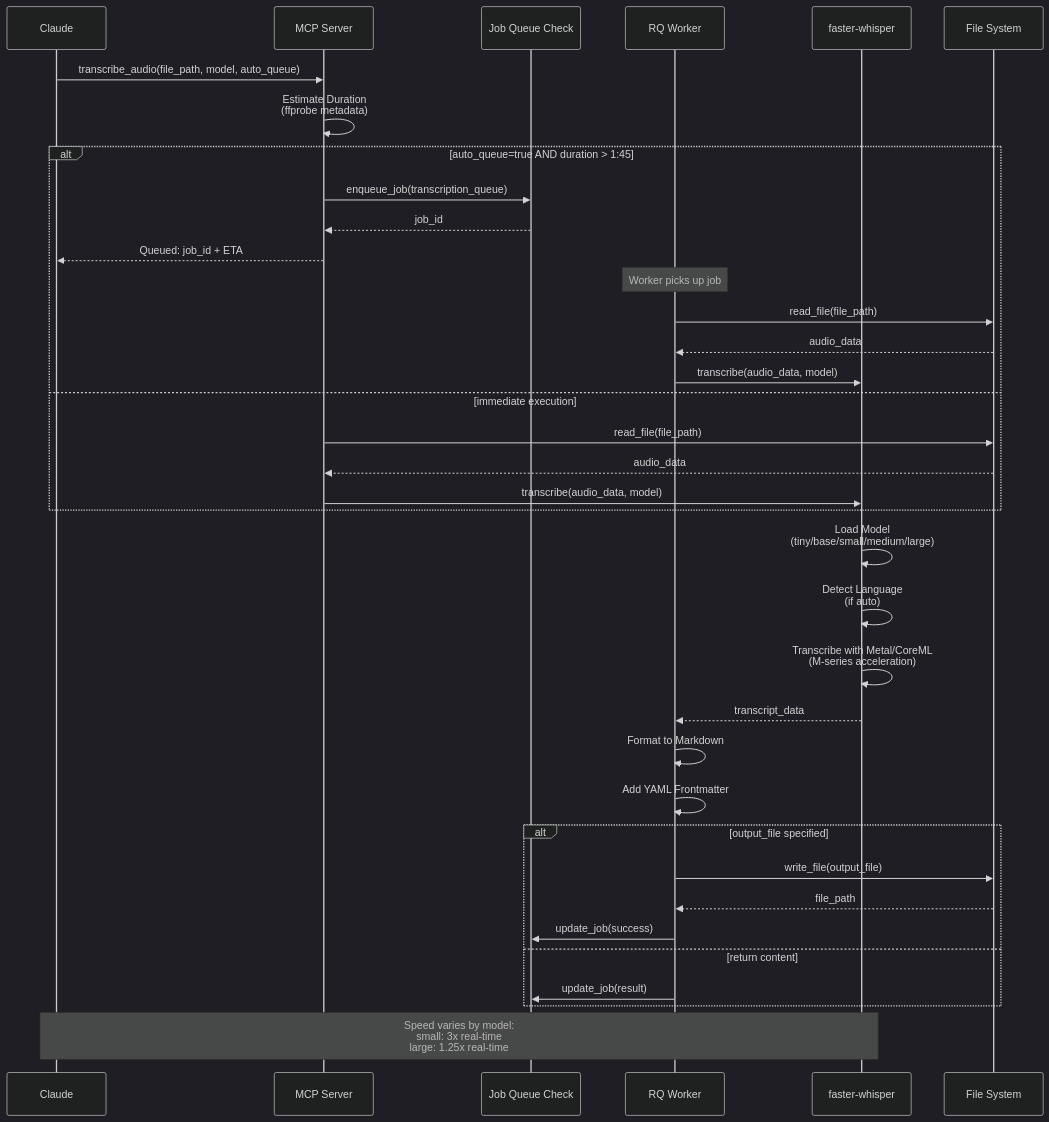
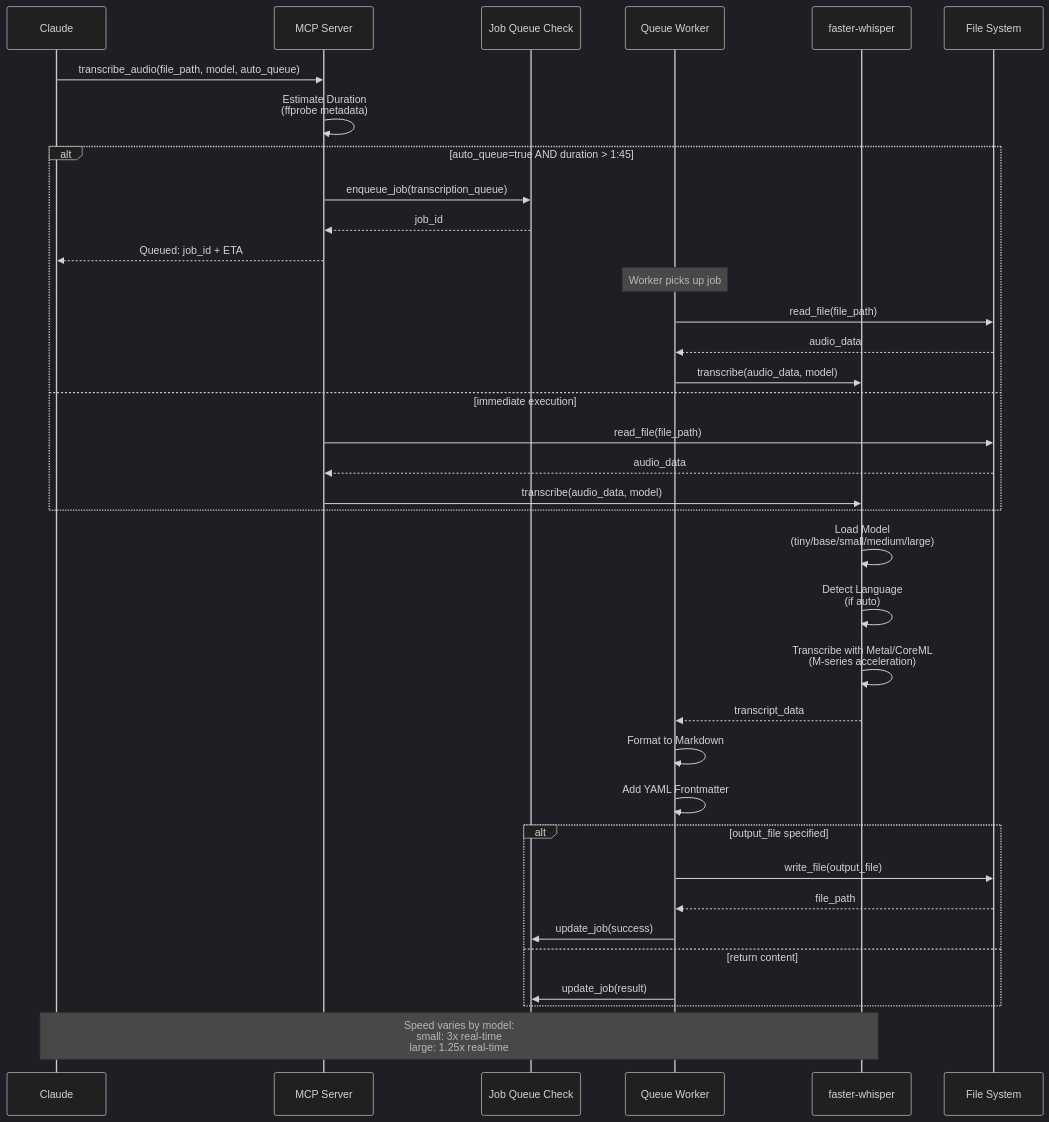
The fifth of 9 diagrams in docs/ARCHITECTURE-VISUAL.md (Enablement-Engineering/gobbler), drawn with Mermaid (dark theme) before and after one commit. The commit also changed other lines of this file, not shown here.

First line of the commit message:
docs: fix Architecture Visual Guide - Redis to SQLite

````diff
--- a/docs/ARCHITECTURE-VISUAL.md
+++ b/docs/ARCHITECTURE-VISUAL.md
@@ -201,46 +204,46 @@
 ```mermaid
 sequenceDiagram
     participant Claude
     participant MCP as MCP Server
     participant Queue as Job Queue Check
-    participant RQ as RQ Worker
+    participant WK as Queue Worker
     participant FW as faster-whisper
     participant FS as File System
 
     Claude->>MCP: transcribe_audio(file_path, model, auto_queue)
 
     MCP->>MCP: Estimate Duration<br/>(ffprobe metadata)
 
     alt auto_queue=true AND duration > 1:45
         MCP->>Queue: enqueue_job(transcription_queue)
         Queue-->>MCP: job_id
         MCP-->>Claude: Queued: job_id + ETA
 
-        Note over RQ: Worker picks up job
-        RQ->>FS: read_file(file_path)
-        FS-->>RQ: audio_data
-        RQ->>FW: transcribe(audio_data, model)
+        Note over WK: Worker picks up job
+        WK->>FS: read_file(file_path)
+        FS-->>WK: audio_data
+        WK->>FW: transcribe(audio_data, model)
     else immediate execution
         MCP->>FS: read_file(file_path)
         FS-->>MCP: audio_data
         MCP->>FW: transcribe(audio_data, model)
     end
 
     FW->>FW: Load Model<br/>(tiny/base/small/medium/large)
     FW->>FW: Detect Language<br/>(if auto)
     FW->>FW: Transcribe with Metal/CoreML<br/>(M-series acceleration)
-    FW-->>RQ: transcript_data
+    FW-->>WK: transcript_data
 
-    RQ->>RQ: Format to Markdown
-    RQ->>RQ: Add YAML Frontmatter
+    WK->>WK: Format to Markdown
+    WK->>WK: Add YAML Frontmatter
 
     alt output_file specified
-        RQ->>FS: write_file(output_file)
-        FS-->>RQ: file_path
-        RQ->>Queue: update_job(success)
+        WK->>FS: write_file(output_file)
+        FS-->>WK: file_path
+        WK->>Queue: update_job(success)
     else return content
-        RQ->>Queue: update_job(result)
+        WK->>Queue: update_job(result)
     end
 
     Note over Claude,FW: Speed varies by model:<br/>small: 3x real-time<br/>large: 1.25x real-time
 ```
````
